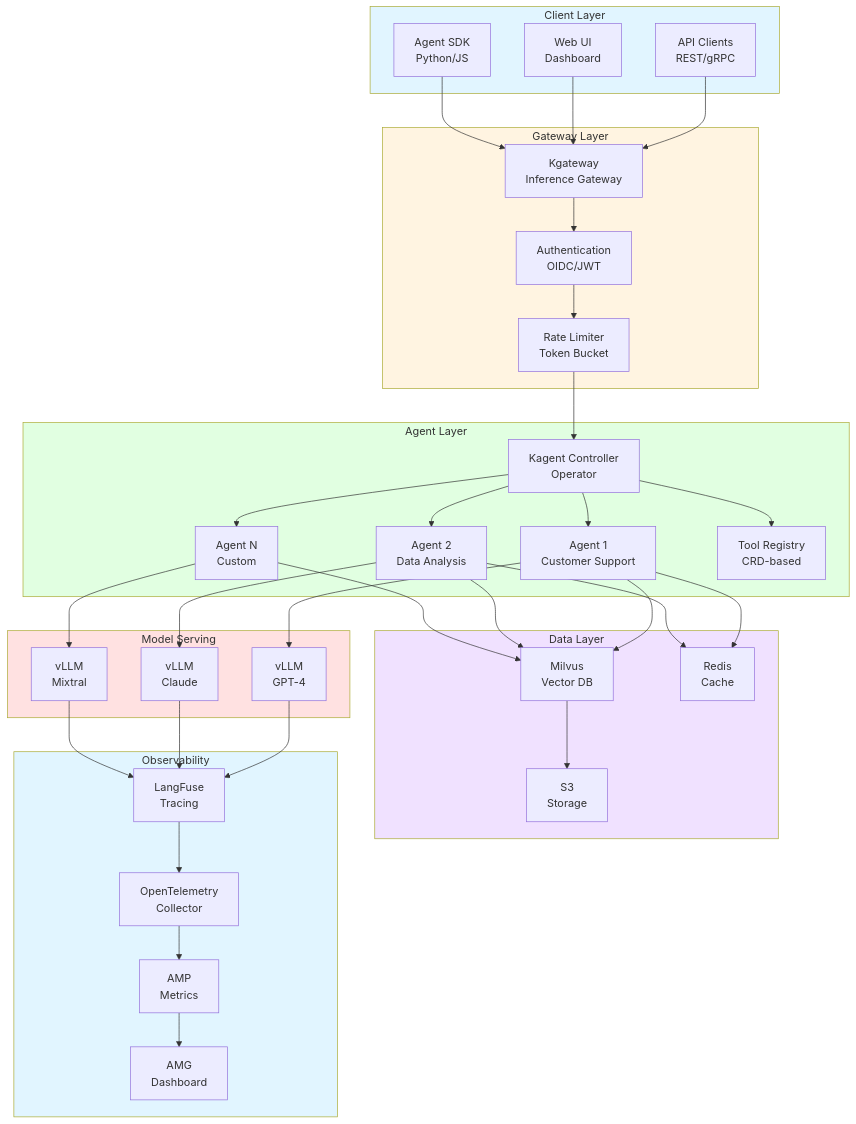
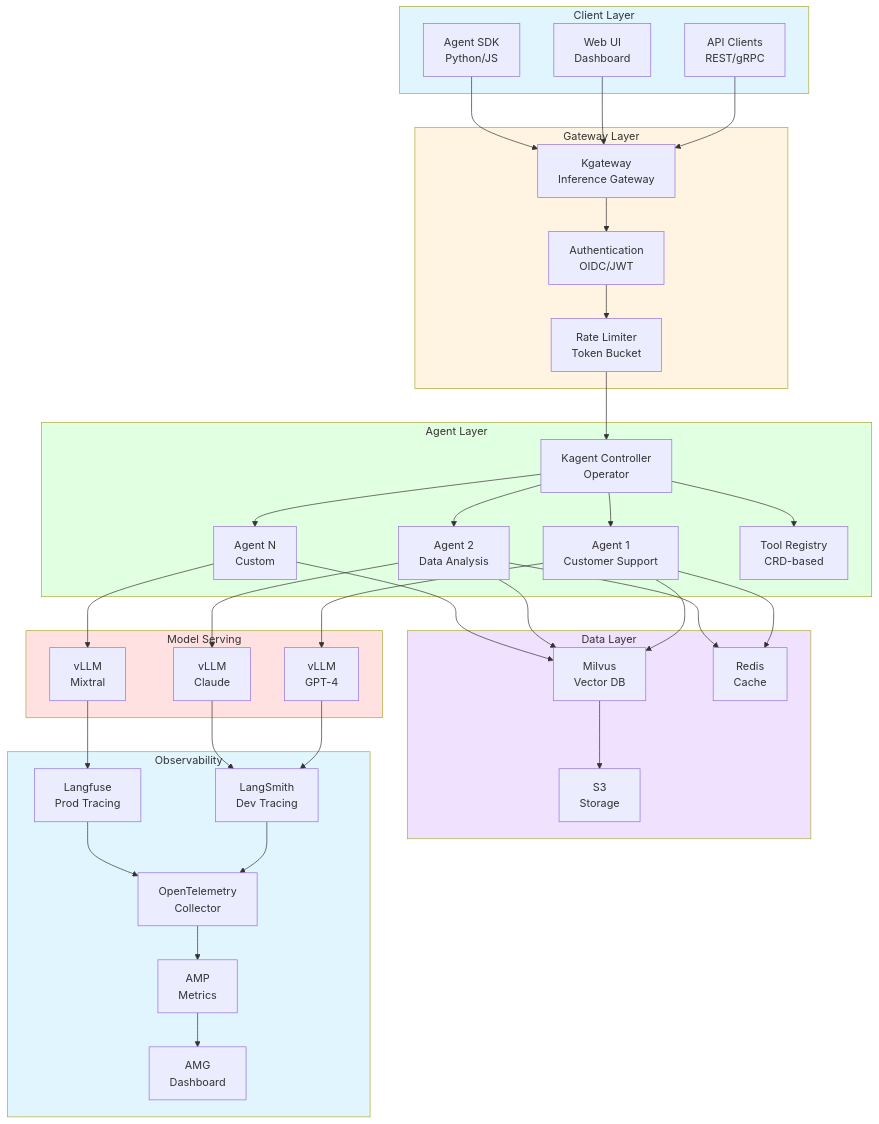
Before and after one commit to devfloor9/engineering-playbook: the first of 10 diagrams in docs/agentic-ai-platform/design-architecture/agentic-platform-architecture.md, drawn with Mermaid. The commit also changed other lines of this file and 5 other files, not shown here.

````diff
--- a/docs/agentic-ai-platform/design-architecture/agentic-platform-architecture.md
+++ b/docs/agentic-ai-platform/design-architecture/agentic-platform-architecture.md
@@ -49,74 +49,76 @@
 ```mermaid
 flowchart TD
     subgraph ClientLayer["Client Layer"]
         CLIENT["API Clients<br/>REST/gRPC"]
         UI["Web UI<br/>Dashboard"]
         SDK["Agent SDK<br/>Python/JS"]
     end
 
     subgraph GatewayLayer["Gateway Layer"]
         KGWY["Kgateway<br/>Inference Gateway"]
         AUTH["Authentication<br/>OIDC/JWT"]
         RATE["Rate Limiter<br/>Token Bucket"]
     end
 
     subgraph AgentLayer["Agent Layer"]
         KAGENT["Kagent Controller<br/>Operator"]
         AGENT1["Agent 1<br/>Customer Support"]
         AGENT2["Agent 2<br/>Data Analysis"]
         AGENTN["Agent N<br/>Custom"]
         TOOLS["Tool Registry<br/>CRD-based"]
     end
 
     subgraph ModelLayer["Model Serving"]
         VLLM1["vLLM<br/>GPT-4"]
         VLLM2["vLLM<br/>Claude"]
         VLLM3["vLLM<br/>Mixtral"]
     end
 
     subgraph DataLayer["Data Layer"]
         MILVUS["Milvus<br/>Vector DB"]
         REDIS["Redis<br/>Cache"]
         S3["S3<br/>Storage"]
     end
 
     subgraph ObsLayer["Observability"]
-        LANGFUSE["LangFuse<br/>Tracing"]
+        LANGSMITH["LangSmith<br/>Dev Tracing"]
+        LANGFUSE["Langfuse<br/>Prod Tracing"]
         AMP["AMP<br/>Metrics"]
         AMG["AMG<br/>Dashboard"]
         OTEL["OpenTelemetry<br/>Collector"]
     end
 
     CLIENT --> KGWY
     UI --> KGWY
     SDK --> KGWY
     KGWY --> AUTH
     AUTH --> RATE
     RATE --> KAGENT
     KAGENT --> AGENT1
     KAGENT --> AGENT2
     KAGENT --> AGENTN
     KAGENT --> TOOLS
     AGENT1 --> VLLM1
     AGENT2 --> VLLM2
     AGENTN --> VLLM3
     AGENT1 --> MILVUS
     AGENT2 --> MILVUS
     AGENTN --> MILVUS
     AGENT1 --> REDIS
     AGENT2 --> REDIS
     MILVUS --> S3
-    VLLM1 --> LANGFUSE
-    VLLM2 --> LANGFUSE
+    VLLM1 --> LANGSMITH
+    VLLM2 --> LANGSMITH
     VLLM3 --> LANGFUSE
+    LANGSMITH --> OTEL
     LANGFUSE --> OTEL
     OTEL --> AMP
     AMP --> AMG
 
     style ClientLayer fill:#e1f5ff
     style GatewayLayer fill:#fff4e1
     style AgentLayer fill:#e1ffe1
     style ModelLayer fill:#ffe1e1
     style DataLayer fill:#f0e1ff
     style ObsLayer fill:#e1f5ff
 ```
````
